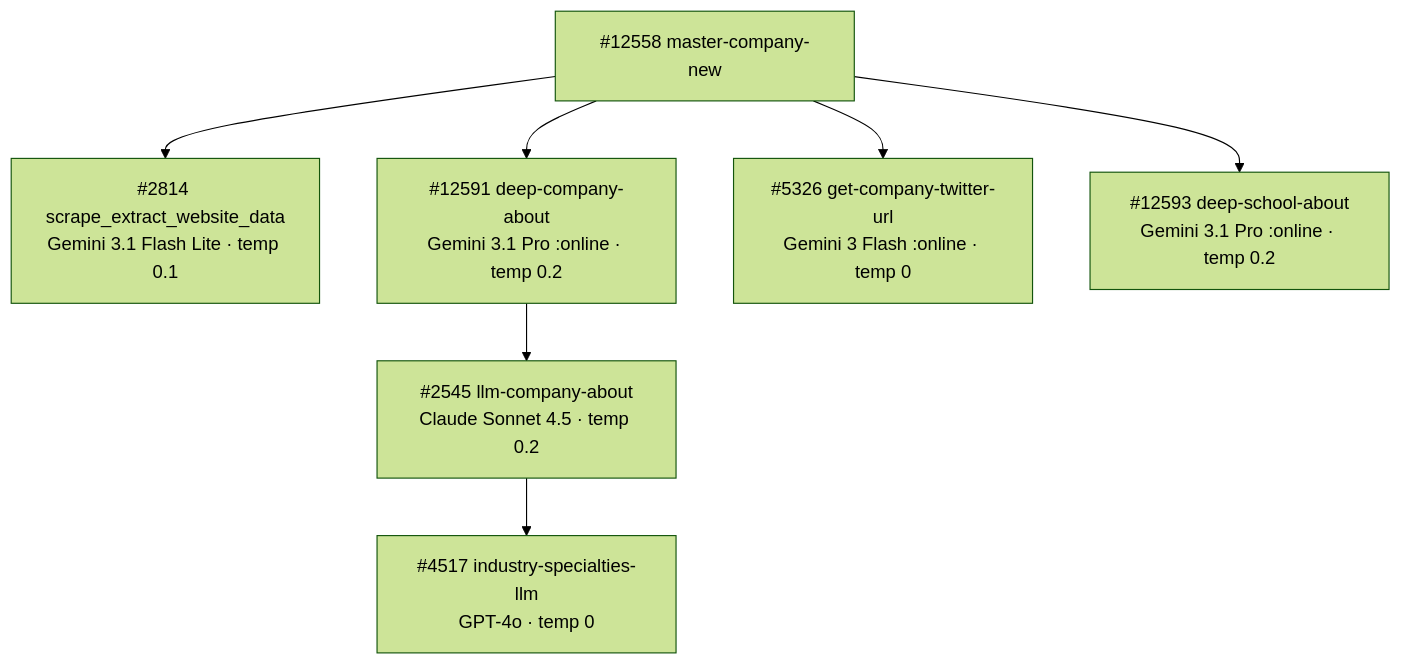
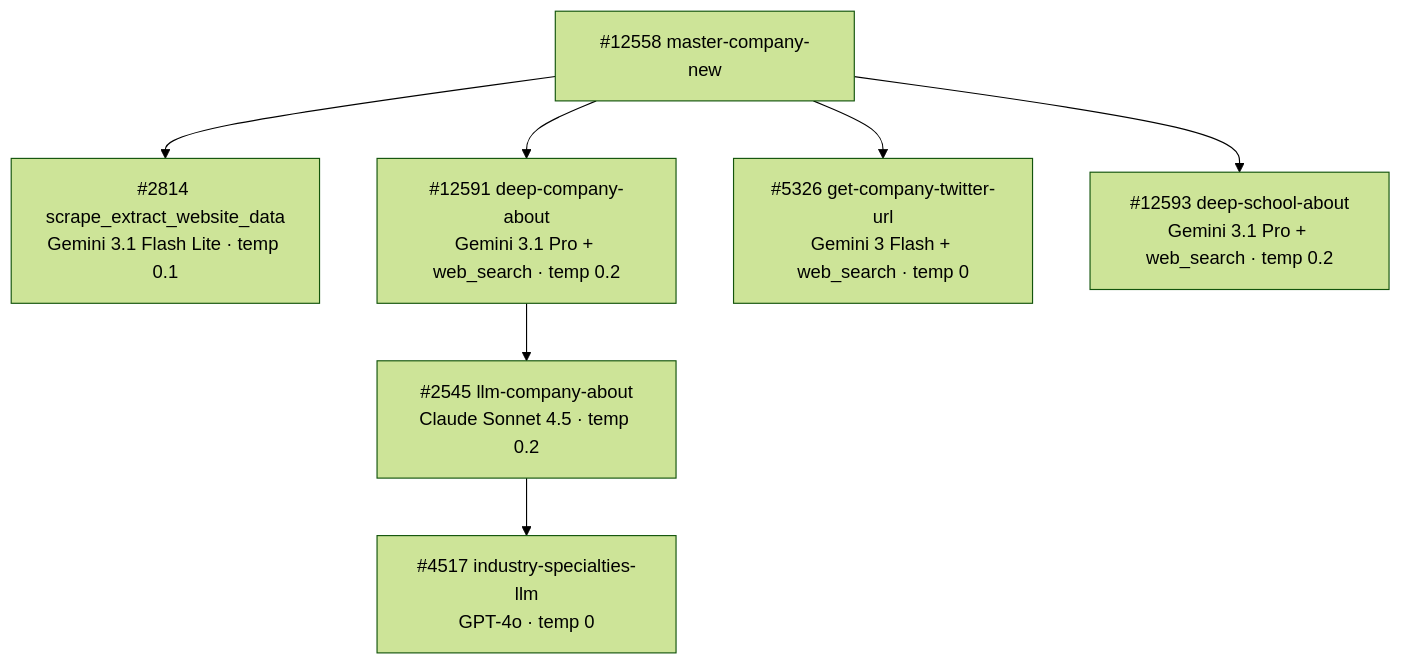
Before and after one commit to M-Pederson/docs: the diagram in guides/enrichment/company-pipeline/model-summary.mdx, drawn with Mermaid (forest theme). The commit also changed other lines of this file and 15 other files, not shown here.

Commit message:
Document OpenRouter web search migration

````diff
--- a/guides/enrichment/company-pipeline/model-summary.mdx
+++ b/guides/enrichment/company-pipeline/model-summary.mdx
@@ -85,9 +85,9 @@
 ```mermaid
 graph TD
     A["#12558 master-company-new"] --> B["#2814 scrape_extract_website_data<br/>Gemini 3.1 Flash Lite · temp 0.1"]
-    A --> C["#12591 deep-company-about<br/>Gemini 3.1 Pro :online · temp 0.2"]
-    A --> D["#5326 get-company-twitter-url<br/>Gemini 3 Flash :online · temp 0"]
-    A --> F["#12593 deep-school-about<br/>Gemini 3.1 Pro :online · temp 0.2"]
+    A --> C["#12591 deep-company-about<br/>Gemini 3.1 Pro + web_search · temp 0.2"]
+    A --> D["#5326 get-company-twitter-url<br/>Gemini 3 Flash + web_search · temp 0"]
+    A --> F["#12593 deep-school-about<br/>Gemini 3.1 Pro + web_search · temp 0.2"]
     C --> G["#2545 llm-company-about<br/>Claude Sonnet 4.5 · temp 0.2"]
     G --> H["#4517 industry-specialties-llm<br/>GPT-4o · temp 0"]
 ```
````
